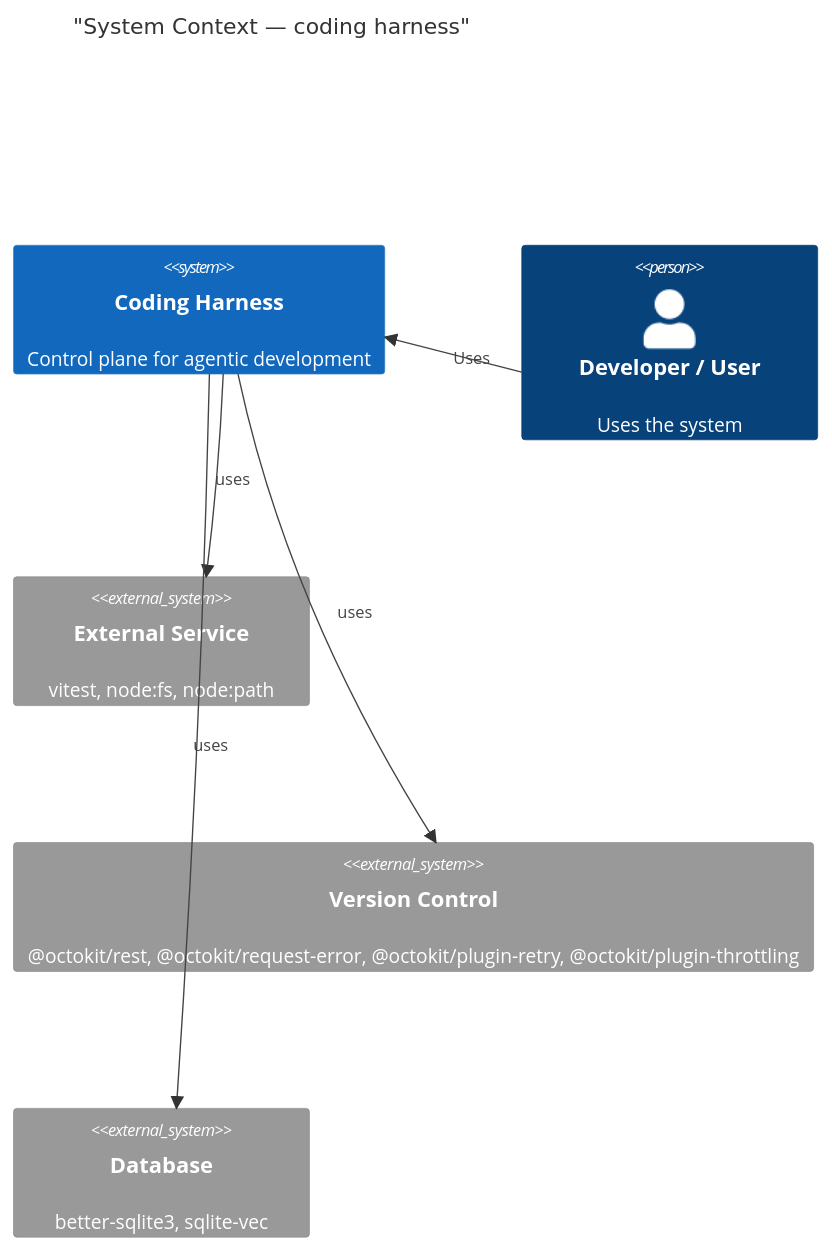
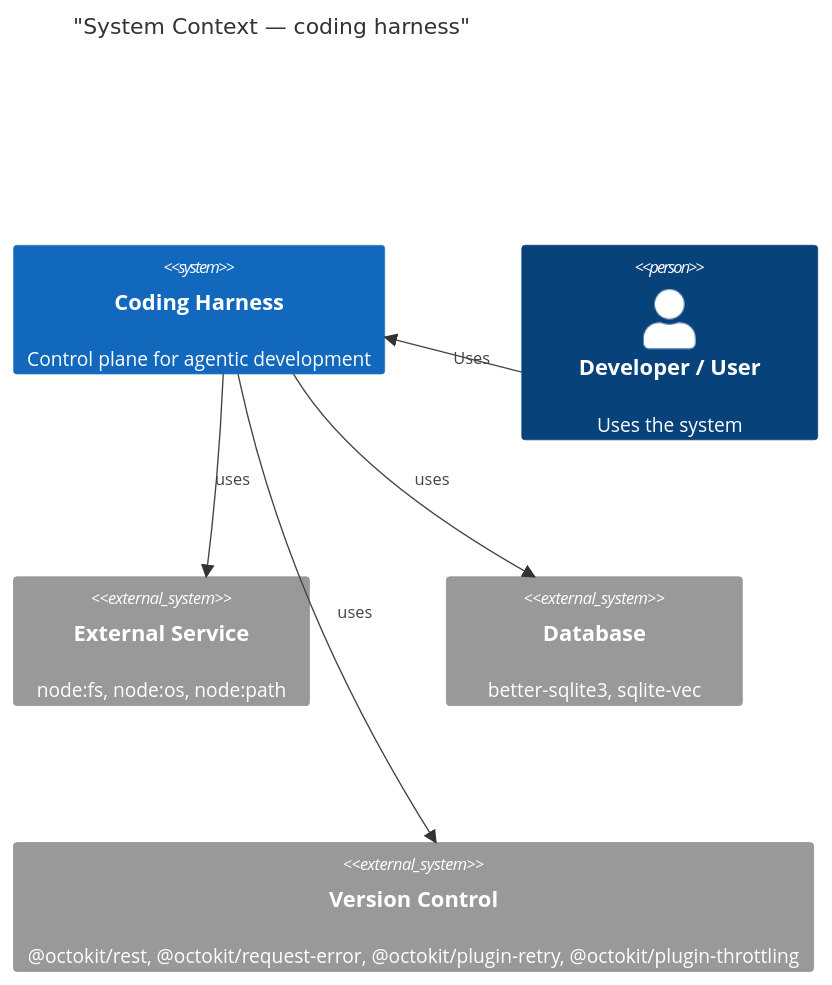
Before and after one commit to jscraik/coding-harness: the fourth of 14 diagrams in AI/context/diagram-context.md, drawn with Mermaid. The commit also changed other lines of this file and 74 other files, not shown here.

````diff
--- a/AI/context/diagram-context.md
+++ b/AI/context/diagram-context.md
@@ -373,14 +288,14 @@
 ```mermaid
 C4Context
   title "System Context — coding harness"
   System(mainSystem, "Coding Harness", "Control plane for agentic development")
   Person(developer, "Developer / User", "Uses the system")
   Rel(developer, mainSystem, "Uses")
-  System_Ext(ext_0, "External Service", "vitest, node:fs, node:path")
+  System_Ext(ext_0, "External Service", "node:fs, node:os, node:path")
   Rel(mainSystem, ext_0, "uses")
-  System_Ext(ext_1, "Version Control", "@octokit/rest, @octokit/request-error, @octokit/plugin-retry, @octokit/plugin-throttling")
+  System_Ext(ext_1, "Database", "better-sqlite3, sqlite-vec")
   Rel(mainSystem, ext_1, "uses")
-  System_Ext(ext_2, "Database", "better-sqlite3, sqlite-vec")
+  System_Ext(ext_2, "Version Control", "@octokit/rest, @octokit/request-error, @octokit/plugin-retry, @octokit/plugin-throttling")
   Rel(mainSystem, ext_2, "uses")
 
 ```
````
